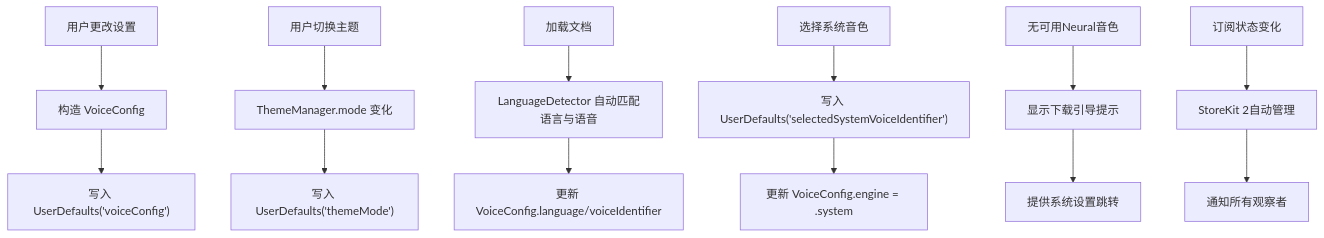
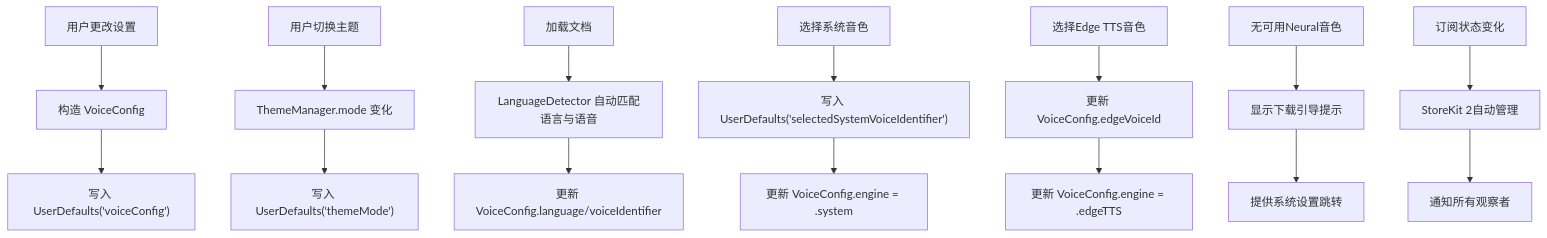
One commit to Primoguo/VoiceReader changed diagram 12 of 13 in .qoder/repowiki/zh/content/用户界面设计/设置界面/设置界面.md. Above: the diagram before and after it, drawn with Mermaid. The commit also changed other lines of this file and 29 other files, not shown here.

````diff
--- a/.qoder/repowiki/zh/content/用户界面设计/设置界面/设置界面.md
+++ b/.qoder/repowiki/zh/content/用户界面设计/设置界面/设置界面.md
@@ -499,15 +675,17 @@
 ```mermaid
 flowchart TD
 A["用户更改设置"] --> B["构造 VoiceConfig"]
 B --> C["写入 UserDefaults('voiceConfig')"]
 D["用户切换主题"] --> E["ThemeManager.mode 变化"]
 E --> F["写入 UserDefaults('themeMode')"]
 G["加载文档"] --> H["LanguageDetector 自动匹配语言与语音"]
 H --> I["更新 VoiceConfig.language/voiceIdentifier"]
 J["选择系统音色"] --> K["写入 UserDefaults('selectedSystemVoiceIdentifier')"]
 K --> L["更新 VoiceConfig.engine = .system"]
-M["无可用Neural音色"] --> N["显示下载引导提示"]
-N --> O["提供系统设置跳转"]
-P["订阅状态变化"] --> Q["StoreKit 2自动管理"]
-Q --> R["通知所有观察者"]
+M["选择Edge TTS音色"] --> N["更新 VoiceConfig.edgeVoiceId"]
+N --> O["更新 VoiceConfig.engine = .edgeTTS"]
+P["无可用Neural音色"] --> Q["显示下载引导提示"]
+Q --> R["提供系统设置跳转"]
+S["订阅状态变化"] --> T["StoreKit 2自动管理"]
+T --> U["通知所有观察者"]
 ```
````
